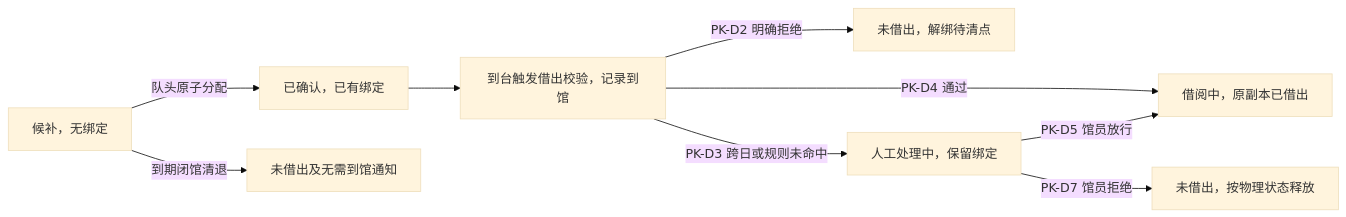
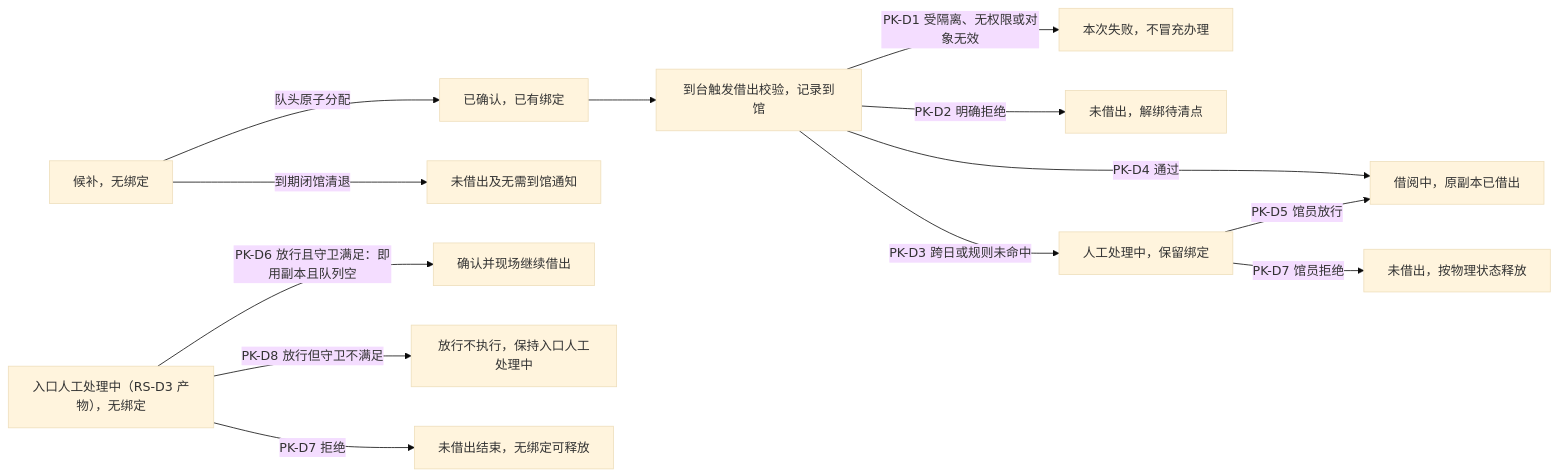
The fourth of 9 diagrams in docs/02-overall-design/MLS-DOC-OD-0003.md (whitecait/MyLibrarySystem), drawn with Mermaid (base theme) before and after one commit. The commit also changed other lines of this file and 2 other files, not shown here.

````diff
--- a/docs/02-overall-design/MLS-DOC-OD-0003.md
+++ b/docs/02-overall-design/MLS-DOC-OD-0003.md
@@ -163,11 +188,15 @@
 ```mermaid
 flowchart LR
     W["候补，无绑定"] -->|"队头原子分配"| C["已确认，已有绑定"]
     W -->|"到期闭馆清退"| N["未借出及无需到馆通知"]
+    E2["入口人工处理中（RS-D3 产物），无绑定"] -->|"PK-D6 放行且守卫满足：即用副本且队列空"| B2["确认并现场继续借出"]
+    E2 -->|"PK-D8 放行但守卫不满足"| HOLD["放行不执行，保持入口人工处理中"]
+    E2 -->|"PK-D7 拒绝"| RN2["未借出结束，无绑定可释放"]
     C --> T["到台触发借出校验，记录到馆"]
+    T -->|"PK-D1 受隔离、无权限或对象无效"| TF["本次失败，不冒充办理"]
     T -->|"PK-D2 明确拒绝"| R["未借出，解绑待清点"]
     T -->|"PK-D3 跨日或规则未命中"| M["人工处理中，保留绑定"]
     T -->|"PK-D4 通过"| B["借阅中，原副本已借出"]
     M -->|"PK-D5 馆员放行"| B
     M -->|"PK-D7 馆员拒绝"| RN["未借出，按物理状态释放"]
 ```
````
